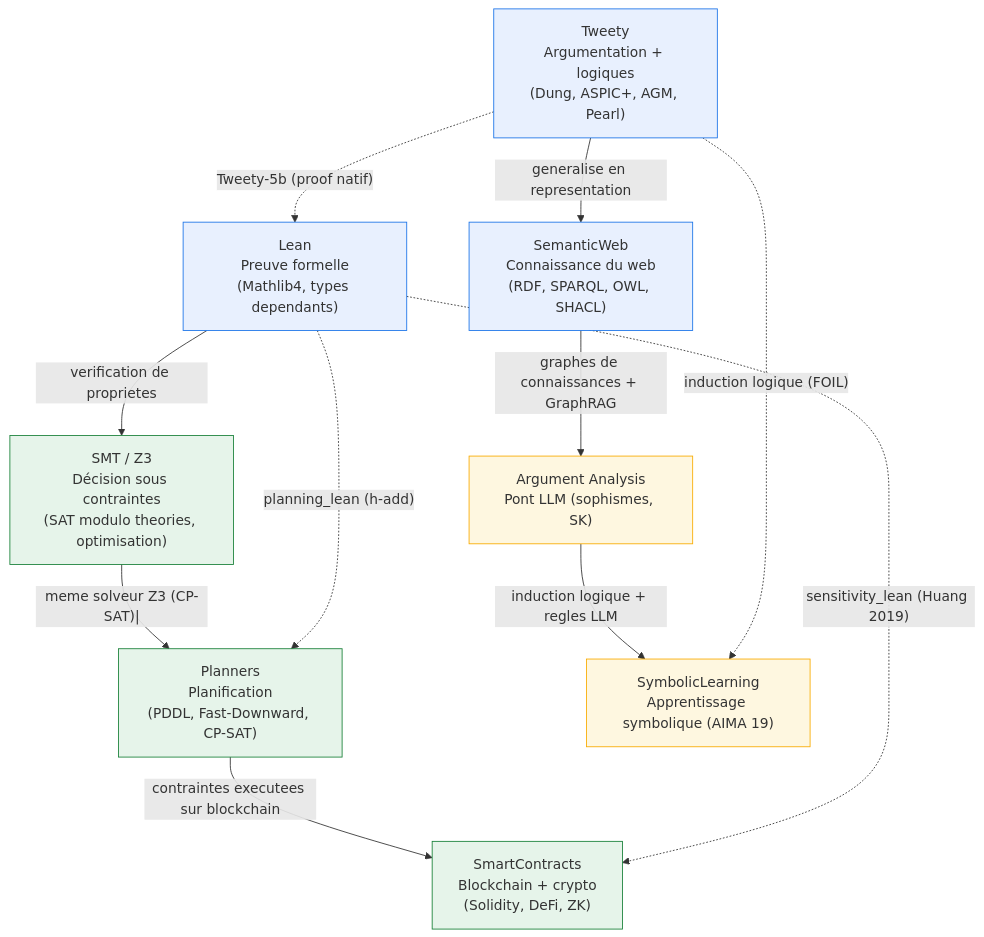
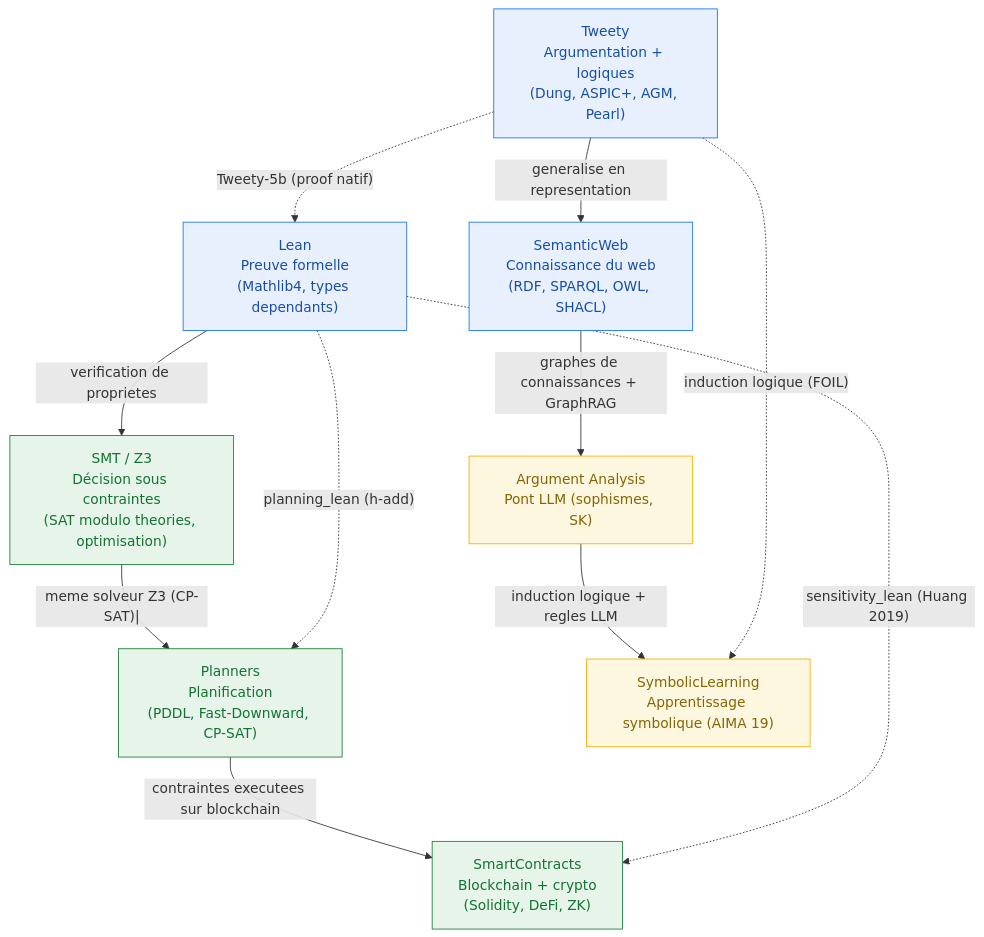
Before and after one commit to jsboige/CoursIA: the diagram in MyIA.AI.Notebooks/SymbolicAI/README.md, drawn with Mermaid. The commit also changed 3 other files, not shown here.

First line of the commit message:
fix(docs,#15516): color: explicite sur les regles mermaid fill: des READMEs racine/Notebooks/ML/SymbolicAI (4 fichiers, 18 regles)

````diff
--- a/MyIA.AI.Notebooks/SymbolicAI/README.md
+++ b/MyIA.AI.Notebooks/SymbolicAI/README.md
@@ -24,32 +24,33 @@
 ```mermaid
 flowchart TD
     TW["Tweety<br/>Argumentation + logiques<br/>(Dung, ASPIC+, AGM, Pearl)"]
     SW["SemanticWeb<br/>Connaissance du web<br/>(RDF, SPARQL, OWL, SHACL)"]
     LEAN["Lean<br/>Preuve formelle<br/>(Mathlib4, types dependants)"]
     SMT["SMT / Z3<br/>Décision sous contraintes<br/>(SAT modulo theories, optimisation)"]
     PL["Planners<br/>Planification<br/>(PDDL, Fast-Downward, CP-SAT)"]
     SC["SmartContracts<br/>Blockchain + crypto<br/>(Solidity, DeFi, ZK)"]
     AA["Argument Analysis<br/>Pont LLM (sophismes, SK)"]
     SL["SymbolicLearning<br/>Apprentissage symbolique (AIMA 19)"]
 
     %% Ponts conceptuels (flesches pleines = consommation / généralisation)
     TW -->|"generalise en representation"| SW
     LEAN -->|"verification de proprietes"| SMT
     SMT -->|"meme solveur Z3 (CP-SAT)|"| PL
     PL -->|"contraintes executees sur blockchain"| SC
     SW -->|"graphes de connaissances + GraphRAG"| AA
     AA -->|"induction logique + regles LLM"| SL
 
     %% Ponts par companion (flesches pointillees = notebook natif en Lean)
     TW -.->|"Tweety-5b (proof natif)"| LEAN
     LEAN -.->|"planning_lean (h-add)"| PL
     LEAN -.->|"sensitivity_lean (Huang 2019)"| SC
     TW -.->|"induction logique (FOIL)"| SL
 
-    classDef found fill:#e8f0fe,stroke:#1a73e8
-    classDef app fill:#e6f4ea,stroke:#188038
-    classDef bridge fill:#fef7e0,stroke:#f9ab00
+    %% color: explicite -- sans lui, libelle clair sur fond clair en mode sombre GitHub (#15022) ; ton parfois plus fonce que le stroke (le stroke en couleur de texte rendrait infer illisible) : ne pas harmoniser
+    classDef found fill:#e8f0fe,stroke:#1a73e8,color:#174ea6
+    classDef app fill:#e6f4ea,stroke:#188038,color:#137333
+    classDef bridge fill:#fef7e0,stroke:#f9ab00,color:#856404
     class TW,SW,LEAN found
     class SMT,PL,SC app
     class AA,SL bridge
 ```
````
